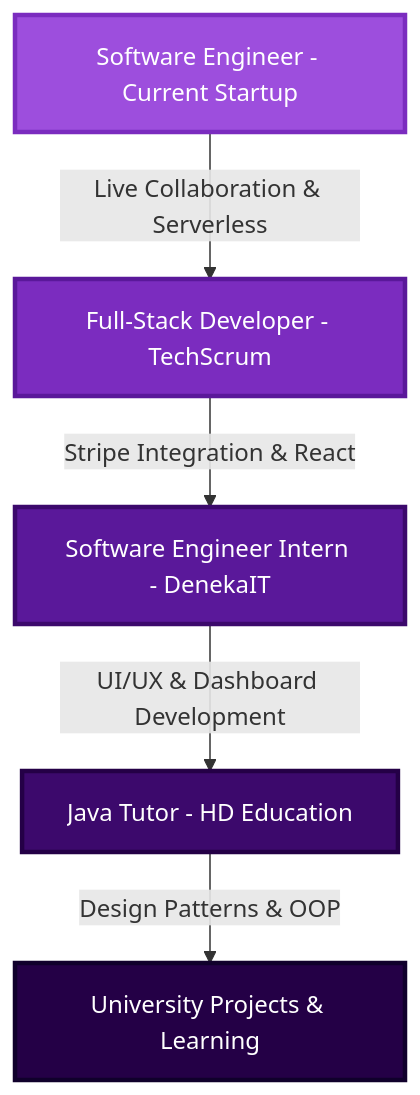
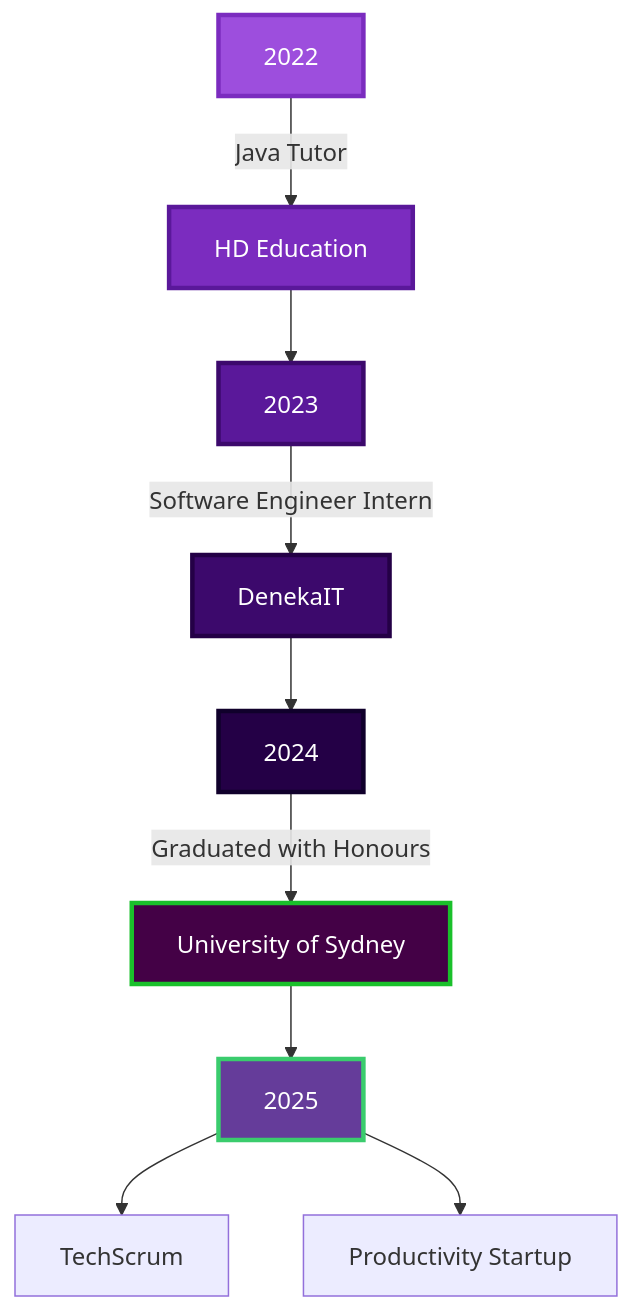
Before and after one commit to Interesting2/Interesting2: the diagram in README.md, drawn with Mermaid. The commit also changed other lines of this file, not shown here.

````diff
--- a/README.md
+++ b/README.md
@@ -121,13 +123,22 @@
 ```mermaid
 graph TD
-    A[Software Engineer - Current Startup] -->|Live Collaboration & Serverless| B[Full-Stack Developer - TechScrum]
-    B -->|Stripe Integration & React| C[Software Engineer Intern - DenekaIT]
-    C -->|UI/UX & Dashboard Development| D[Java Tutor - HD Education]
-    D -->|Design Patterns & OOP| E[University Projects & Learning]
+    A[2022] -->|Java Tutor| B[HD Education]
+    B --> C[2023]
+    C -->|Software Engineer Intern| D[DenekaIT]
+    D --> E[2024]
+    E -->|Graduated with Honours| F[University of Sydney]
+    F --> G[2025]
+    G -->H[TechScrum]
+    G -->I[Productivity Startup]
     
     style A fill:#9D4EDD,stroke:#7B2CBF,stroke-width:3px,color:#fff
     style B fill:#7B2CBF,stroke:#5A189A,stroke-width:3px,color:#fff
     style C fill:#5A189A,stroke:#3C096C,stroke-width:3px,color:#fff
     style D fill:#3C096C,stroke:#240046,stroke-width:3px,color:#fff
     style E fill:#240046,stroke:#10002B,stroke-width:3px,color:#fff
+    style F fill:#440146,stroke:#1AC02B,stroke-width:3px,color:#fff
+    style G fill:#653C9A,stroke:#3ACC6D,stroke-width:3px,color:#fff
+
+
+
 ```
````
